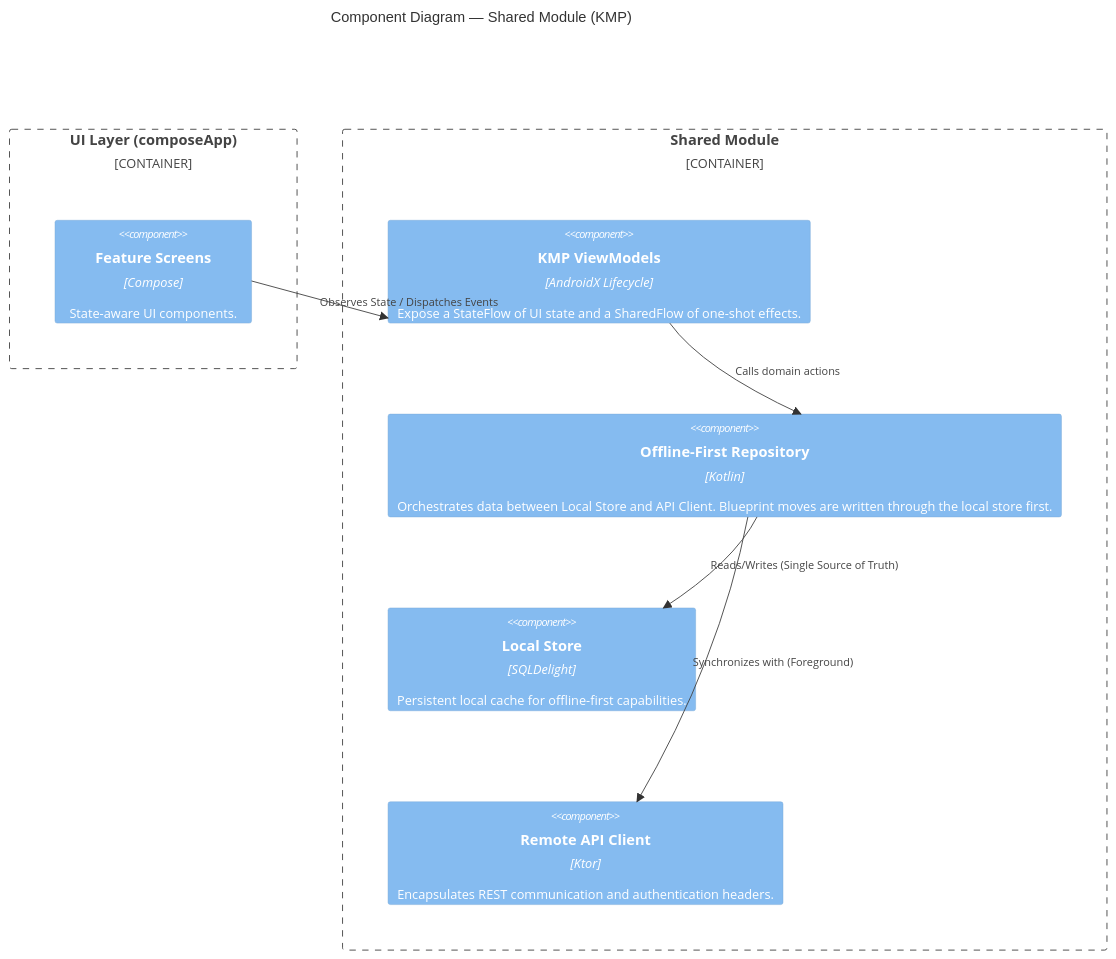
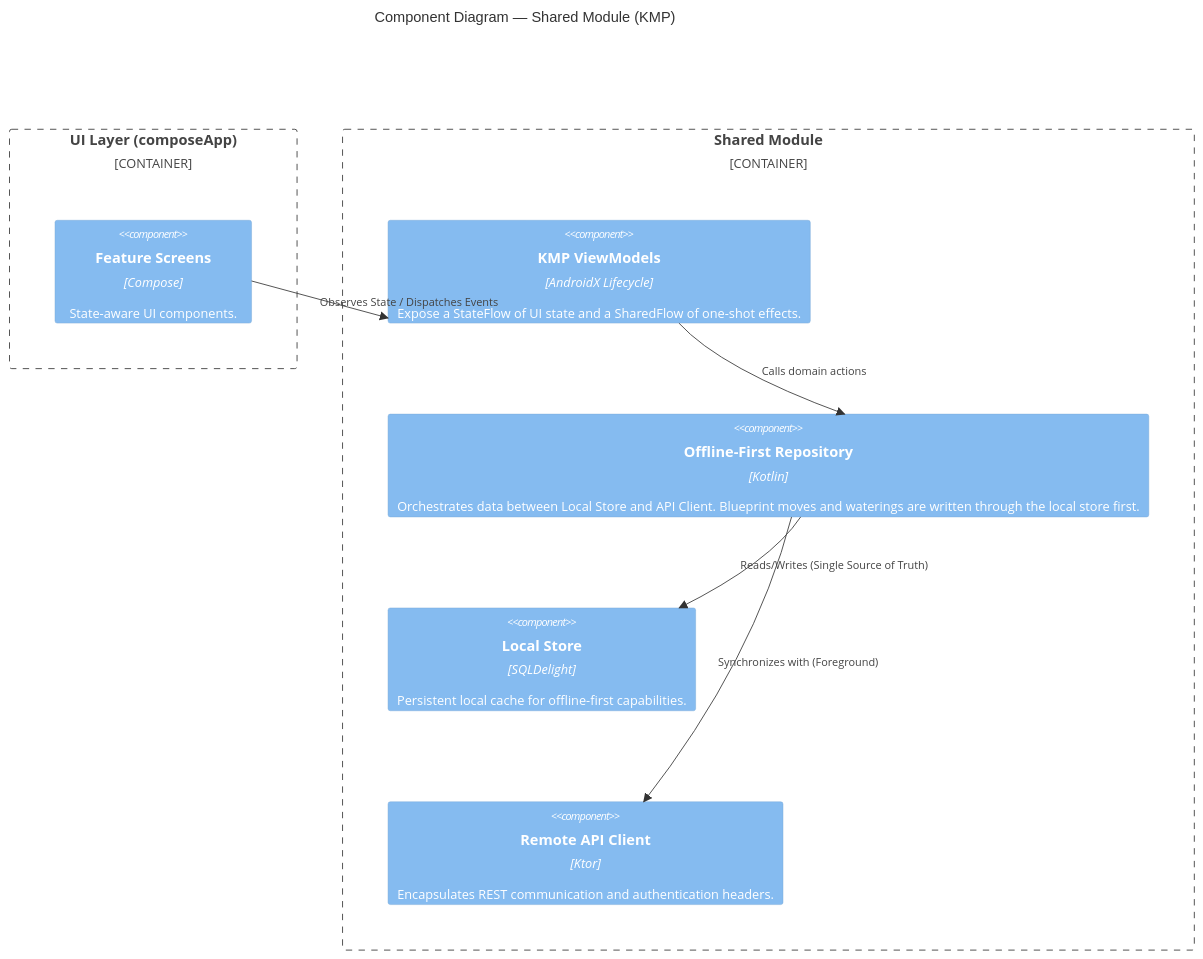
The second of 5 diagrams in docs/architecture/overview.md (marcowuethrich/green-print), drawn with Mermaid before and after one commit. The commit also changed other lines of this file and 5 other files, not shown here.

````diff
--- a/docs/architecture/overview.md
+++ b/docs/architecture/overview.md
@@ -71,20 +71,20 @@
 ```mermaid
 C4Component
   title Component Diagram — Shared Module (KMP)
 
   Container_Boundary(ui_layer, "UI Layer (composeApp)") {
     Component(screens, "Feature Screens", "Compose", "State-aware UI components.")
   }
 
   Container_Boundary(shared_logic, "Shared Module") {
     Component(vm, "KMP ViewModels", "AndroidX Lifecycle", "Expose a StateFlow of UI state and a SharedFlow of one-shot effects.")
-    Component(repo, "Offline-First Repository", "Kotlin", "Orchestrates data between Local Store and API Client. Blueprint moves are written through the local store first.")
+    Component(repo, "Offline-First Repository", "Kotlin", "Orchestrates data between Local Store and API Client. Blueprint moves and waterings are written through the local store first.")
     Component(db_store, "Local Store", "SQLDelight", "Persistent local cache for offline-first capabilities.")
     Component(api_client, "Remote API Client", "Ktor", "Encapsulates REST communication and authentication headers.")
   }
 
   Rel(screens, vm, "Observes State / Dispatches Events")
   Rel(vm, repo, "Calls domain actions")
   Rel(repo, db_store, "Reads/Writes (Single Source of Truth)")
   Rel(repo, api_client, "Synchronizes with (Foreground)")
 ```
````
